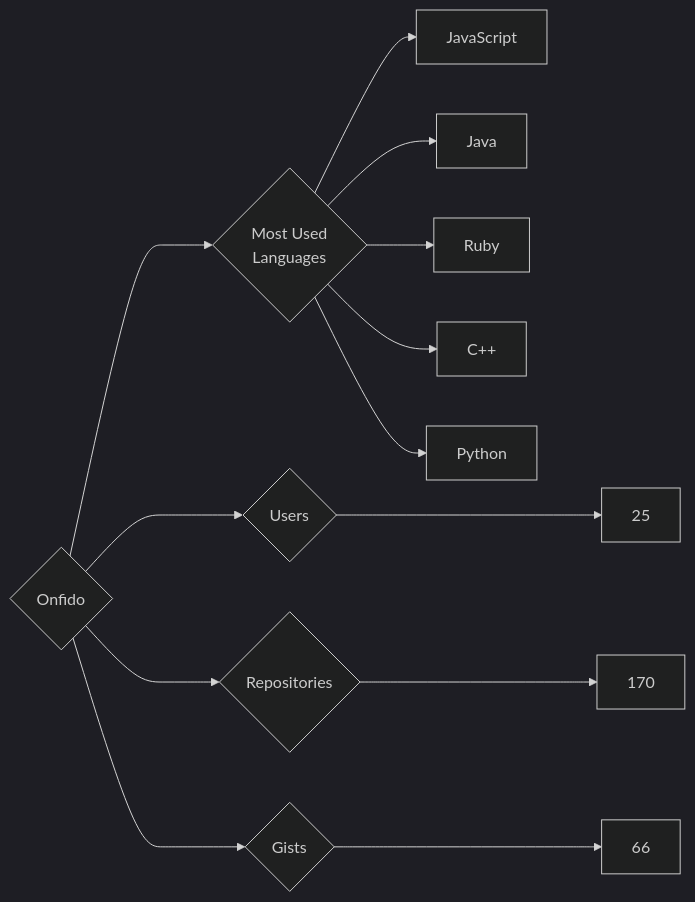
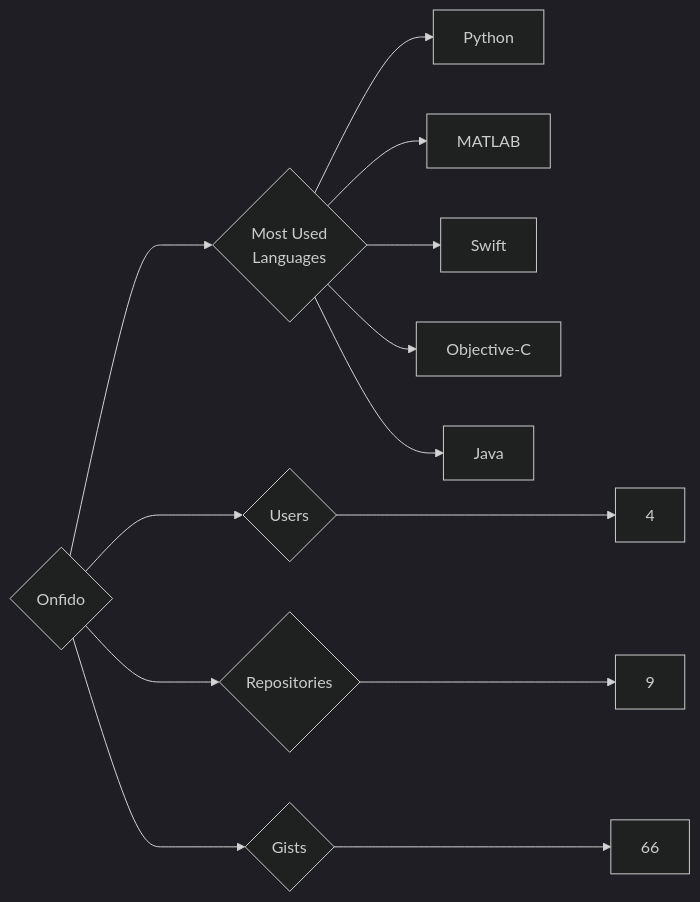
The diagram in targets/Onfido/README.md (trickest/insiders), drawn with Mermaid (dark theme) before and after one commit. The commit also changed 715 other files, not shown here.

````diff
--- a/targets/Onfido/README.md
+++ b/targets/Onfido/README.md
@@ -3,13 +3,13 @@
 ```mermaid
 graph LR
 COMPANY_NAME{Onfido}
-COMPANY_NAME ---> U{Users} ---> UN[25]
-COMPANY_NAME ---> R{Repositories} ---> RN[170]
+COMPANY_NAME ---> U{Users} ---> UN[4]
+COMPANY_NAME ---> R{Repositories} ---> RN[9]
 COMPANY_NAME ---> G{Gists} ---> GN[66]
 COMPANY_NAME ---> ML{Most Used<br>Languages}
-ML --> JavaScript[JavaScript]
+ML --> Python[Python]
+ML --> MATLAB[MATLAB]
+ML --> Swift[Swift]
+ML --> Objective-C[Objective-C]
 ML --> Java[Java]
-ML --> Ruby[Ruby]
-ML --> C++[C++]
-ML --> Python[Python]
 ```
````
